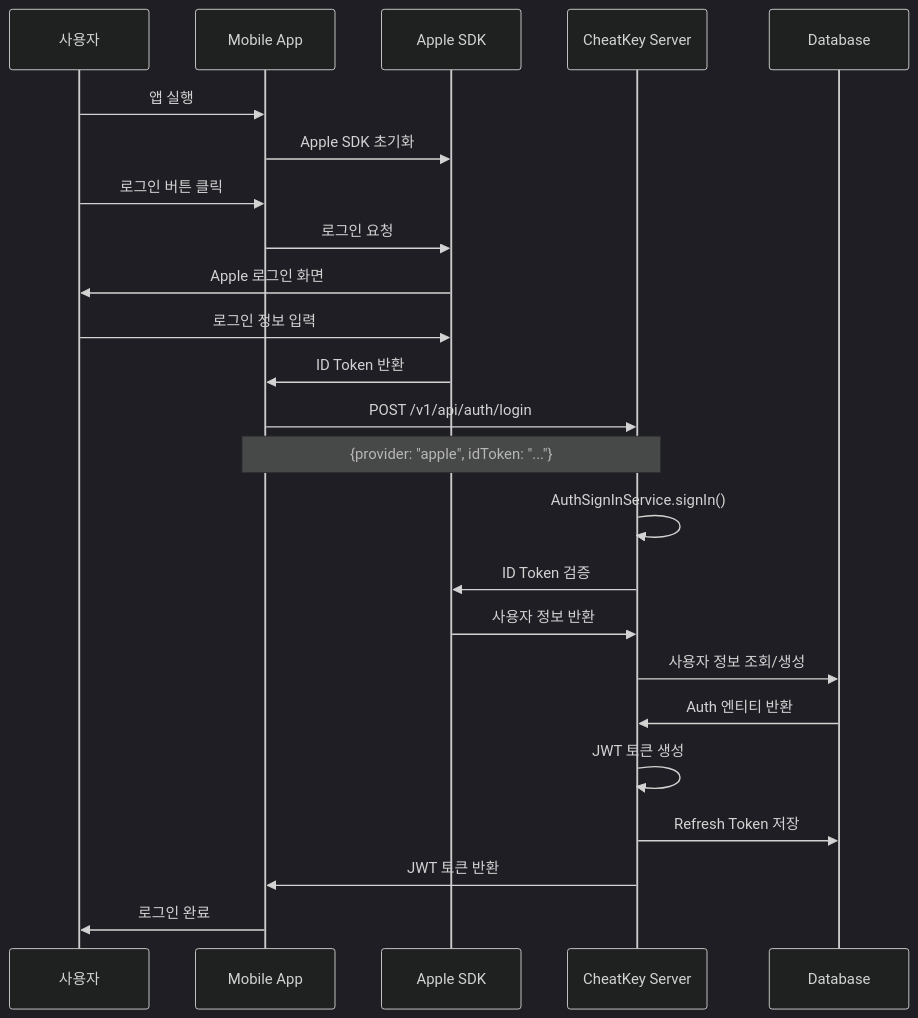
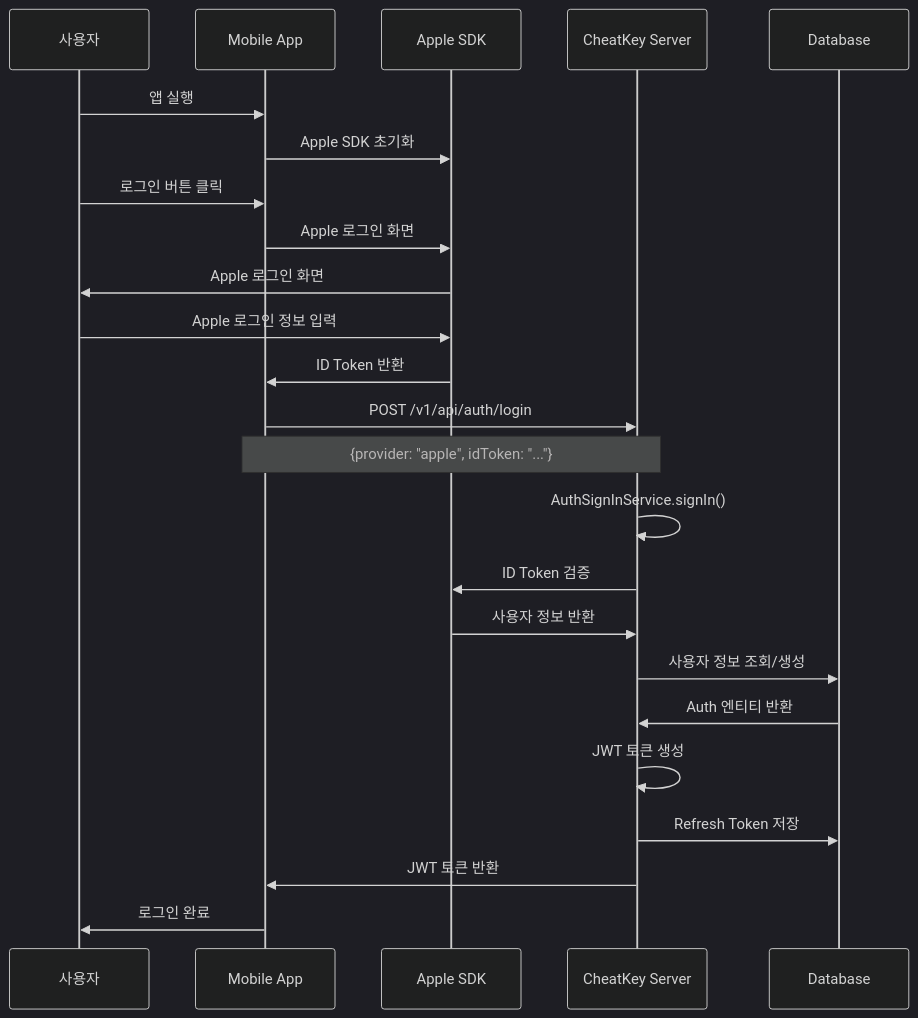
The third of 8 diagrams in docs/flows/authentication.md (Central-MakeUs/CheatKey-Server), drawn with Mermaid (dark theme) before and after one commit. The commit also changed other lines of this file and 6 other files, not shown here.

````diff
--- a/docs/flows/authentication.md
+++ b/docs/flows/authentication.md
@@ -84,29 +84,29 @@
 ```mermaid
 sequenceDiagram
     participant U as 사용자
     participant App as Mobile App
     participant Apple as Apple SDK
     participant Server as CheatKey Server
     participant DB as Database
     
     U->>App: 앱 실행
     App->>Apple: Apple SDK 초기화
     U->>App: 로그인 버튼 클릭
-    App->>Apple: 로그인 요청
+    App->>Apple: Apple 로그인 화면
     Apple->>U: Apple 로그인 화면
-    U->>Apple: 로그인 정보 입력
+    U->>Apple: Apple 로그인 정보 입력
     Apple->>App: ID Token 반환
     App->>Server: POST /v1/api/auth/login
     Note over App,Server: {provider: "apple", idToken: "..."}
     
     Server->>Server: AuthSignInService.signIn()
     Server->>Apple: ID Token 검증
     Apple->>Server: 사용자 정보 반환
     Server->>DB: 사용자 정보 조회/생성
     DB->>Server: Auth 엔티티 반환
     
     Server->>Server: JWT 토큰 생성
     Server->>DB: Refresh Token 저장
     Server->>App: JWT 토큰 반환
     App->>U: 로그인 완료
 ```
````
